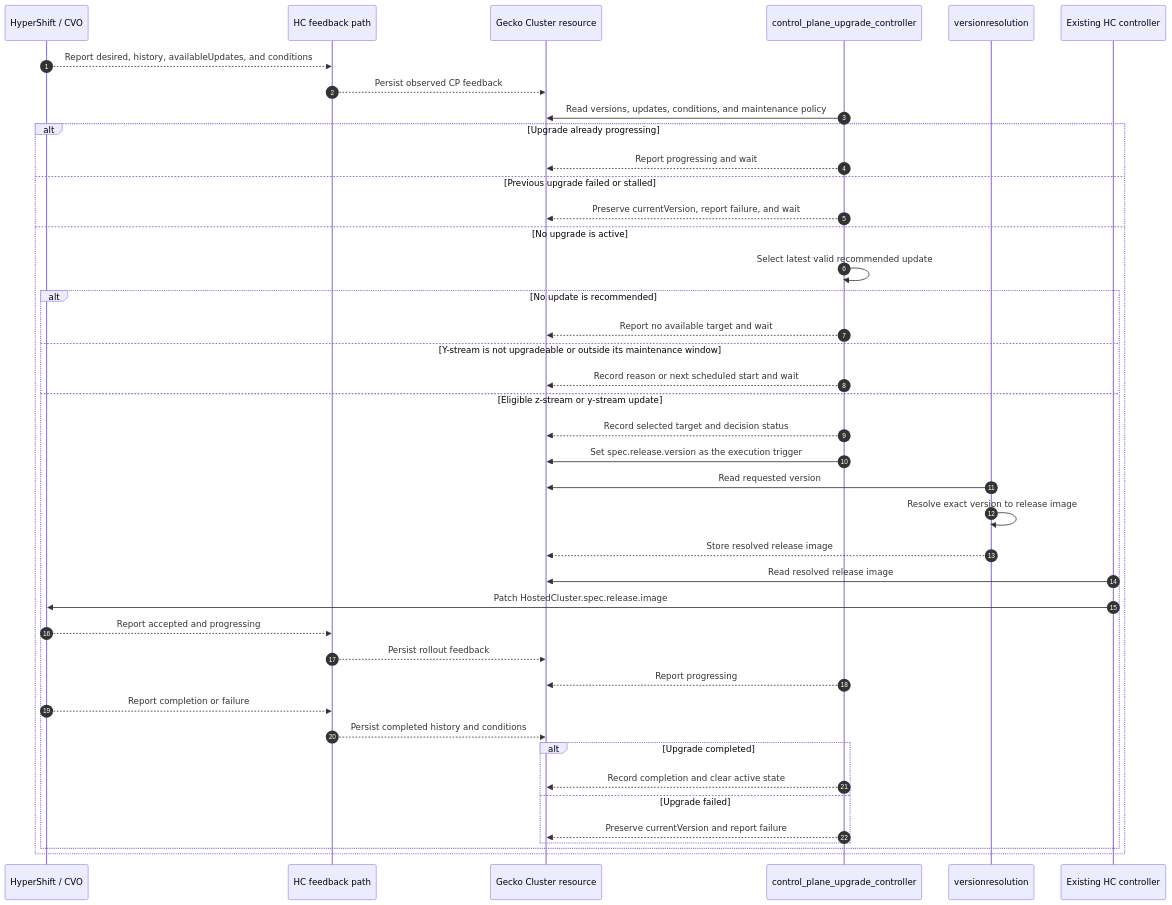
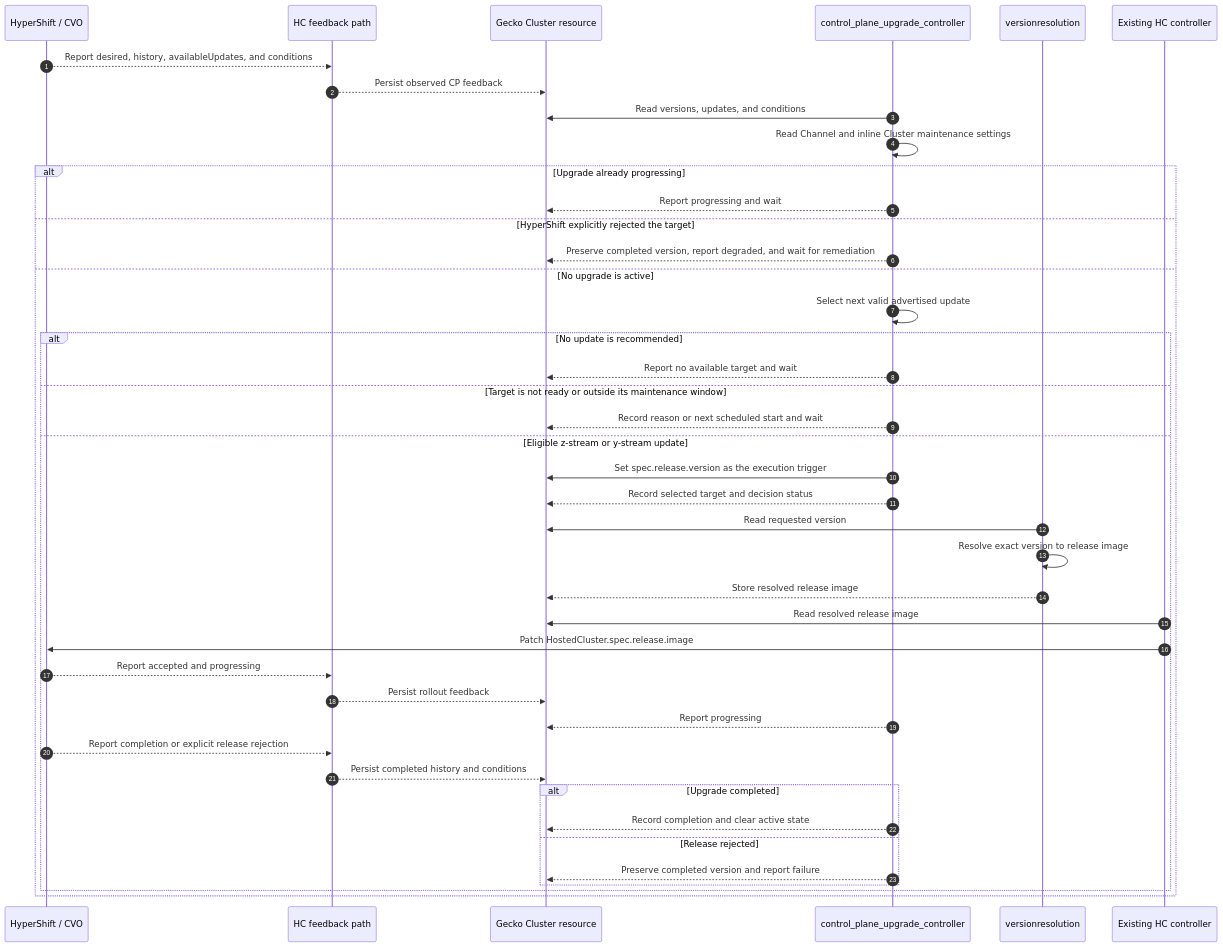
The first of 2 diagrams in implementation-plans/hosted-cluster-upgrade-controllers.md (openshift-online/gcp-hcp), drawn with Mermaid before and after one commit. The commit also changed other lines of this file, not shown here.

Commit message:
docs: align hosted cluster upgrade plan with current design

````diff
--- a/implementation-plans/hosted-cluster-upgrade-controllers.md
+++ b/implementation-plans/hosted-cluster-upgrade-controllers.md
@@ -125,45 +141,46 @@
 ```mermaid
 sequenceDiagram
     autonumber
     participant HSCVO as HyperShift / CVO
     participant Feedback as HC feedback path
     participant Cluster as Gecko Cluster resource
     participant Upgrade as control_plane_upgrade_controller
     participant Resolver as versionresolution
     participant HC as Existing HC controller
 
     HSCVO-->>Feedback: Report desired, history, availableUpdates, and conditions
     Feedback-->>Cluster: Persist observed CP feedback
-    Upgrade->>Cluster: Read versions, updates, conditions, and maintenance policy
+    Upgrade->>Cluster: Read versions, updates, and conditions
+    Upgrade->>Upgrade: Read Channel and inline Cluster maintenance settings
 
     alt Upgrade already progressing
         Upgrade-->>Cluster: Report progressing and wait
-    else Previous upgrade failed or stalled
-        Upgrade-->>Cluster: Preserve currentVersion, report failure, and wait
+    else HyperShift explicitly rejected the target
+        Upgrade-->>Cluster: Preserve completed version, report degraded, and wait for remediation
     else No upgrade is active
-        Upgrade->>Upgrade: Select latest valid recommended update
+        Upgrade->>Upgrade: Select next valid advertised update
         alt No update is recommended
             Upgrade-->>Cluster: Report no available target and wait
-        else Y-stream is not upgradeable or outside its maintenance window
+        else Target is not ready or outside its maintenance window
             Upgrade-->>Cluster: Record reason or next scheduled start and wait
         else Eligible z-stream or y-stream update
+            Upgrade->>Cluster: Set spec.release.version as the execution trigger
             Upgrade-->>Cluster: Record selected target and decision status
-            Upgrade->>Cluster: Set spec.release.version as the execution trigger
             Resolver->>Cluster: Read requested version
             Resolver->>Resolver: Resolve exact version to release image
             Resolver-->>Cluster: Store resolved release image
             HC->>Cluster: Read resolved release image
             HC->>HSCVO: Patch HostedCluster.spec.release.image
             HSCVO-->>Feedback: Report accepted and progressing
             Feedback-->>Cluster: Persist rollout feedback
             Upgrade-->>Cluster: Report progressing
-            HSCVO-->>Feedback: Report completion or failure
+            HSCVO-->>Feedback: Report completion or explicit release rejection
             Feedback-->>Cluster: Persist completed history and conditions
             alt Upgrade completed
                 Upgrade-->>Cluster: Record completion and clear active state
-            else Upgrade failed
-                Upgrade-->>Cluster: Preserve currentVersion and report failure
+            else Release rejected
+                Upgrade-->>Cluster: Preserve completed version and report failure
             end
         end
     end
 ```
````
